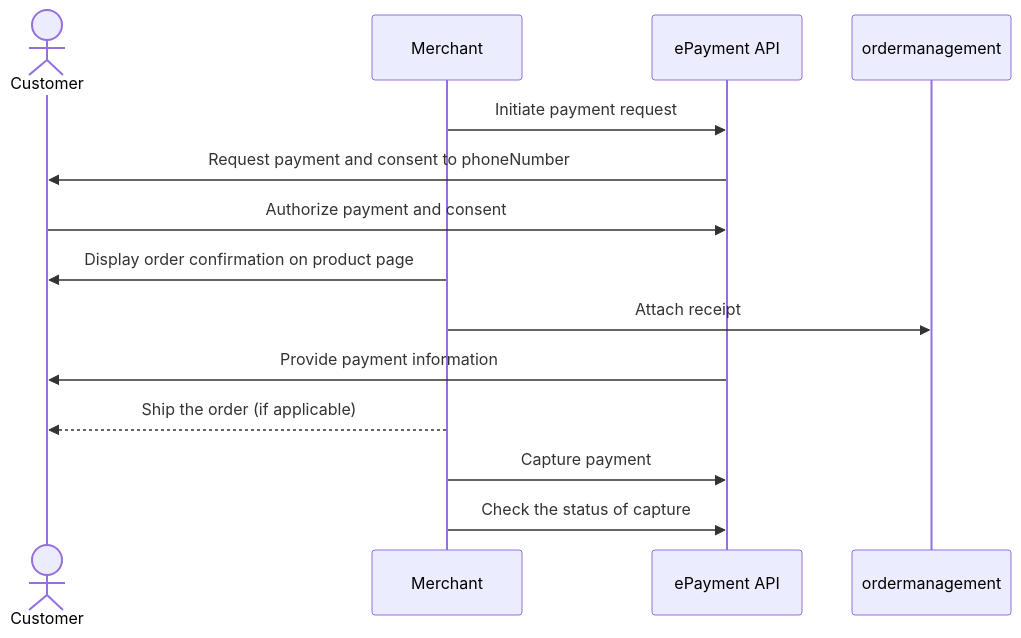
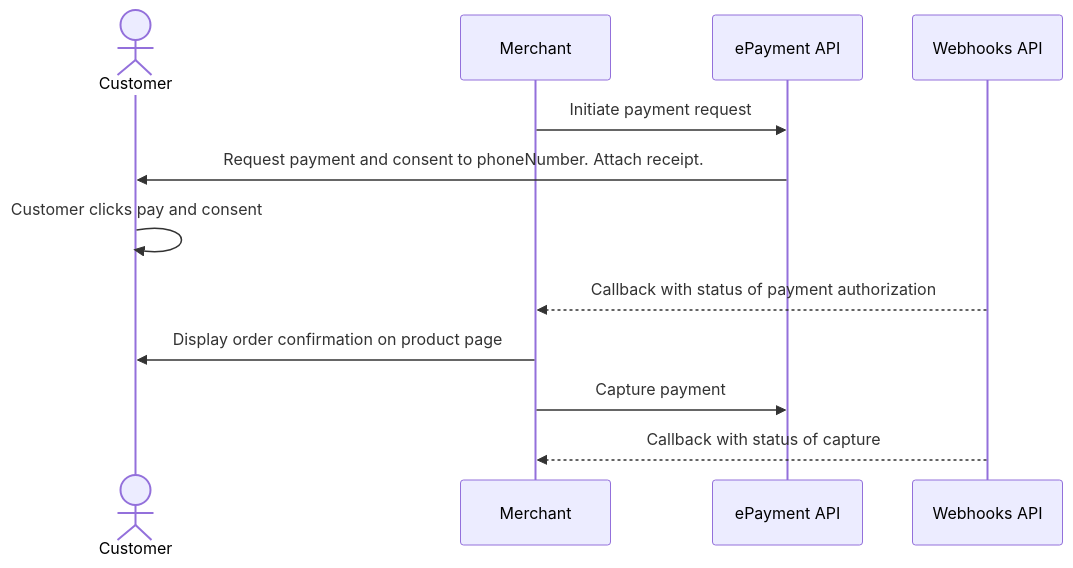
The diagram in invoice-through-epayments/payment-with-share-phone-number.md (vippsas/vipps-solutions), drawn with Mermaid before and after one commit. The commit also changed other lines of this file and 22 other files, not shown here.

First line of the commit message:
Provide unique examples. Add receipt in payment request when possible. (#86)

````diff
--- a/invoice-through-epayments/payment-with-share-phone-number.md
+++ b/invoice-through-epayments/payment-with-share-phone-number.md
@@ -82,16 +175,15 @@
 ``` mermaid
 sequenceDiagram
     actor C as Customer
     participant M as Merchant
     participant ePayment as ePayment API
+    participant Webhooks as Webhooks API
     
     M->>ePayment: Initiate payment request
-    ePayment->>C: Request payment and consent to phoneNumber
-    C->>ePayment: Authorize payment and consent
+    ePayment->>C: Request payment and consent to phoneNumber. Attach receipt.
+    C->>C: Customer clicks pay and consent
+    Webhooks-->>M: Callback with status of payment authorization
     M->>C: Display order confirmation on product page
-    M->> ordermanagement: Attach receipt
-    ePayment->>C: Provide payment information
-    M-->>C: Ship the order (if applicable)
-    M->>ePayment: Capture payment 
-    M->>ePayment: Check the status of capture
+    M->>ePayment: Capture payment
+    Webhooks-->>M: Callback with status of capture
 ```
````
